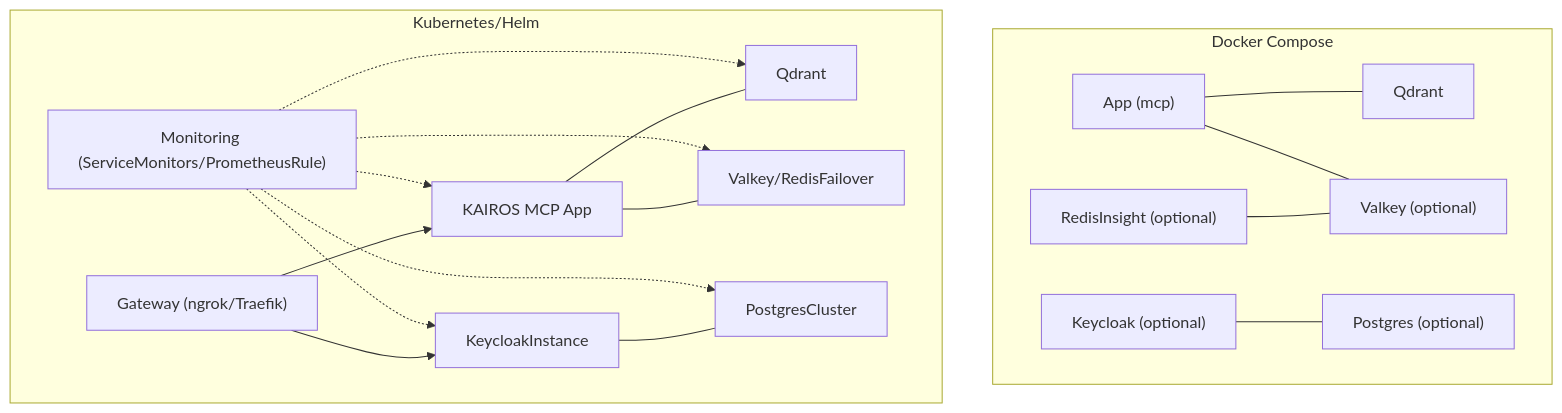
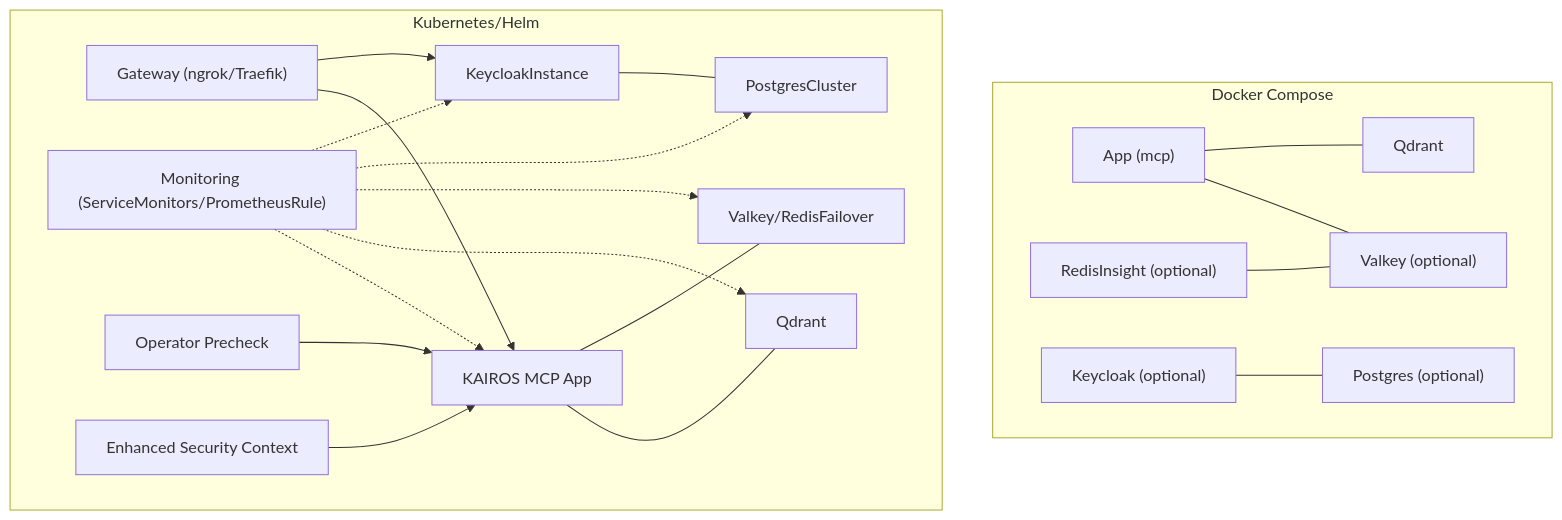
Before and after one commit to debian777/kairos-mcp: the second of 6 diagrams in .qoder/repowiki/en/content/Deployment & Operations.md, drawn with Mermaid. The commit also changed other lines of this file and 16 other files, not shown here.

````diff
--- a/.qoder/repowiki/en/content/Deployment & Operations.md
+++ b/.qoder/repowiki/en/content/Deployment & Operations.md
@@ -122,34 +147,38 @@
 ```mermaid
 graph TB
 subgraph "Docker Compose"
 A1["App (mcp)"]
 A2["Qdrant"]
 A3["Valkey (optional)"]
 A4["Postgres (optional)"]
 A5["Keycloak (optional)"]
 A6["RedisInsight (optional)"]
 A1 --- A2
 A1 --- A3
 A5 --- A4
 A6 --- A3
 end
 subgraph "Kubernetes/Helm"
 B1["KAIROS MCP App"]
 B2["Qdrant"]
 B3["Valkey/RedisFailover"]
 B4["PostgresCluster"]
 B5["KeycloakInstance"]
 B6["Gateway (ngrok/Traefik)"]
 B7["Monitoring (ServiceMonitors/PrometheusRule)"]
+B8["Operator Precheck"]
+B9["Enhanced Security Context"]
 B1 --- B2
 B1 --- B3
 B5 --- B4
 B6 --> B1
 B6 --> B5
 B7 -.-> B1
 B7 -.-> B2
 B7 -.-> B3
 B7 -.-> B4
 B7 -.-> B5
+B8 --> B1
+B9 --> B1
 end
 ```
````
